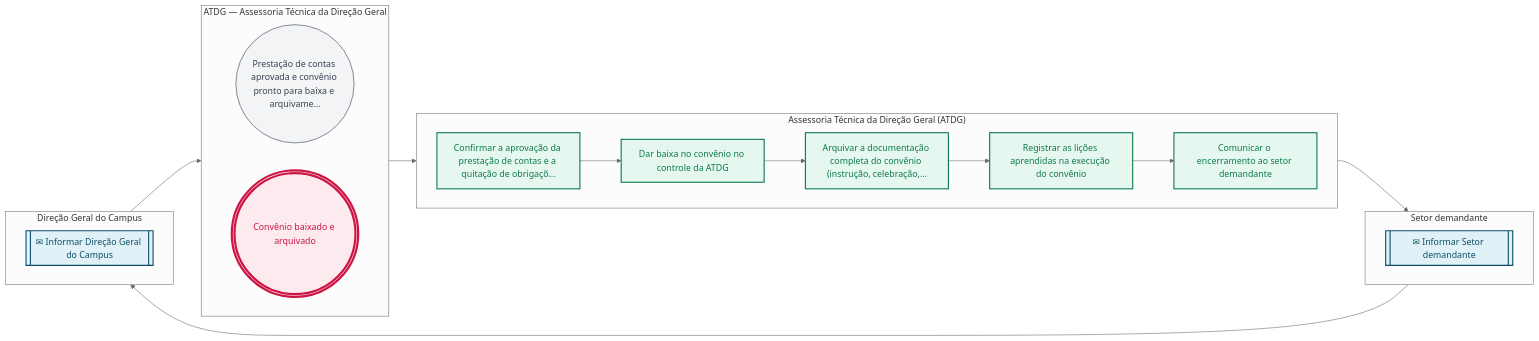
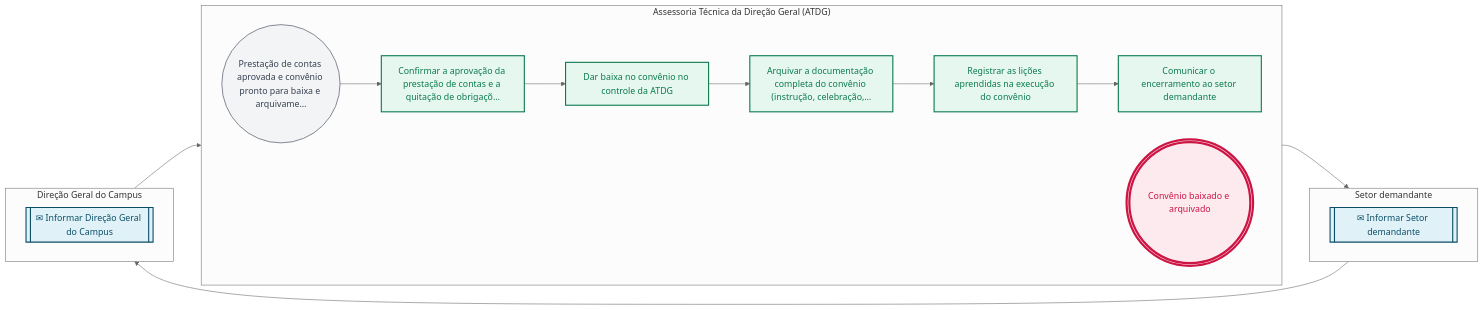
The second of 2 diagrams in pops/CON/CON-05.md (jessefers/canvas-vivo-atdg), drawn with Mermaid (neutral theme) before and after one commit. The commit also changed other lines of this file and 107 other files, not shown here.

````diff
--- a/pops/CON/CON-05.md
+++ b/pops/CON/CON-05.md
@@ -146,42 +146,39 @@
 ```mermaid
 flowchart LR
-  subgraph R1["ATDG — Assessoria Técnica da Direção Geral"]
+  subgraph R1["Assessoria Técnica da Direção Geral (ATDG)"]
     direction LR
     e1(("Prestação de contas aprovada e convênio pronto para baixa e arquivame…"))
-    e9((("Convênio baixado e arquivado")))
-  end
-  subgraph R2["Assessoria Técnica da Direção Geral (ATDG)"]
-    direction LR
     e2["Confirmar a aprovação da prestação de contas e a quitação de obrigaçõ…"]
     e3["Dar baixa no convênio no controle da ATDG"]
     e4["Arquivar a documentação completa do convênio (instrução, celebração,…"]
     e5["Registrar as lições aprendidas na execução do convênio"]
     e6["Comunicar o encerramento ao setor demandante"]
+    e9((("Convênio baixado e arquivado")))
   end
-  subgraph R3["Setor demandante"]
+  subgraph R2["Setor demandante"]
     direction LR
     e7[["✉ Informar Setor demandante"]]
   end
-  subgraph R4["Direção Geral do Campus"]
+  subgraph R3["Direção Geral do Campus"]
     direction LR
     e8[["✉ Informar Direção Geral do Campus"]]
   end
   e1 --> e2
   e2 --> e3
   e3 --> e4
   e4 --> e5
   e5 --> e6
   e6 --> e7
   e7 --> e8
   e8 --> e9
   classDef inicio fill:#f3f4f6,stroke:#6b7280,stroke-width:1.5px,color:#374151
   classDef atividade fill:#E6F7F0,stroke:#0B7A4E,stroke-width:2px,color:#0B7A4E
   classDef decisao fill:#FFF4ED,stroke:#C9783A,stroke-width:2px,color:#C9783A
   classDef fim fill:#FDEAEE,stroke:#CC1544,stroke-width:4px,color:#CC1544
   classDef pausa fill:#FDEAEE,stroke:#CC1544,stroke-width:2px,color:#CC1544
   classDef captura fill:#E0F2F8,stroke:#0B4D66,stroke-width:2px,color:#0B4D66
   class e1 inicio
   class e2,e3,e4,e5,e6 atividade
   class e7,e8 captura
   class e9 fim
 ```
````
